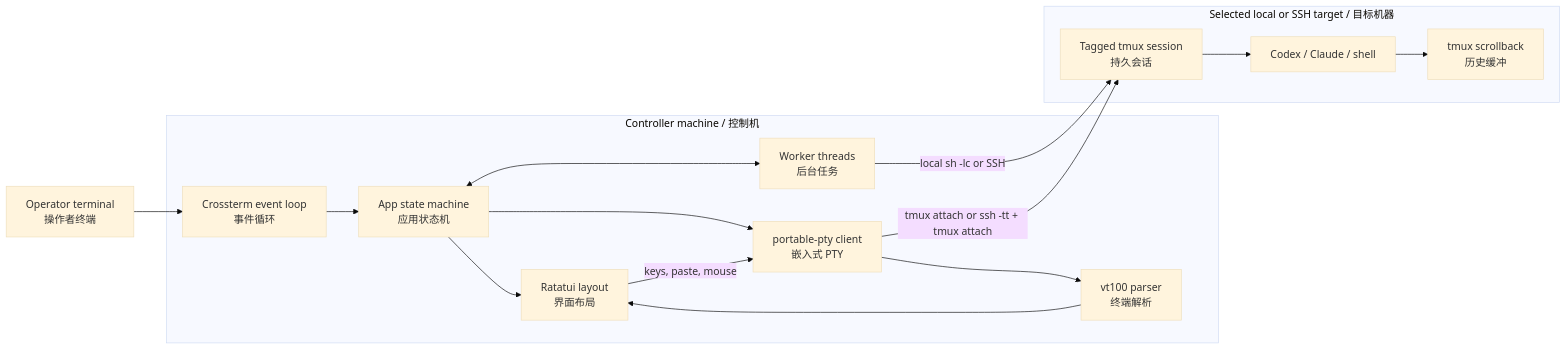
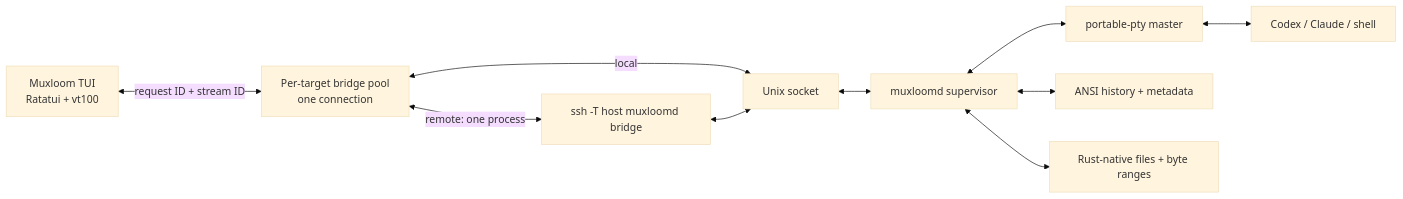
One commit to MarsTechHAN/Muxloom changed the second of 2 diagrams in README.md. Above: the diagram before and after it, drawn with Mermaid (base theme). The commit also changed other lines of this file and 15 other files, not shown here.

First line of the commit message:
feat: add standalone muxloomd session runtime

````diff
--- a/README.md
+++ b/README.md
@@ -743,29 +745,21 @@
 ```mermaid
 flowchart LR
-    U[Operator terminal<br/>操作者终端]
+    UI[Muxloom TUI<br/>Ratatui + vt100]
+    Pool[Per-target bridge pool<br/>one connection]
+    SSH[ssh -T host muxloomd bridge]
+    Socket[Unix socket]
+    Daemon[muxloomd supervisor]
+    PTY[portable-pty master]
+    Agent[Codex / Claude / shell]
+    History[ANSI history + metadata]
+    Files[Rust-native files + byte ranges]
 
-    subgraph Controller[Controller machine / 控制机]
-        Loop[Crossterm event loop<br/>事件循环]
-        State[App state machine<br/>应用状态机]
-        UI[Ratatui layout<br/>界面布局]
-        Worker[Worker threads<br/>后台任务]
-        PTY[portable-pty client<br/>嵌入式 PTY]
-        VT[vt100 parser<br/>终端解析]
-    end
-
-    subgraph Target[Selected local or SSH target / 目标机器]
-        TMUX[Tagged tmux session<br/>持久会话]
-        Agent[Codex / Claude / shell]
-        History[tmux scrollback<br/>历史缓冲]
-    end
-
-    U --> Loop --> State --> UI
-    State <--> Worker
-    Worker -->|local sh -lc or SSH| TMUX
-    TMUX --> Agent
-    Agent --> History
-    State --> PTY
-    PTY -->|tmux attach or ssh -tt + tmux attach| TMUX
-    PTY --> VT --> UI
-    UI -->|keys, paste, mouse| PTY
+    UI <-->|request ID + stream ID| Pool
+    Pool <-->|remote: one process| SSH
+    Pool <-->|local| Socket
+    SSH <--> Socket
+    Socket <--> Daemon
+    Daemon <--> PTY <--> Agent
+    Daemon <--> History
+    Daemon <--> Files
 ```
````
